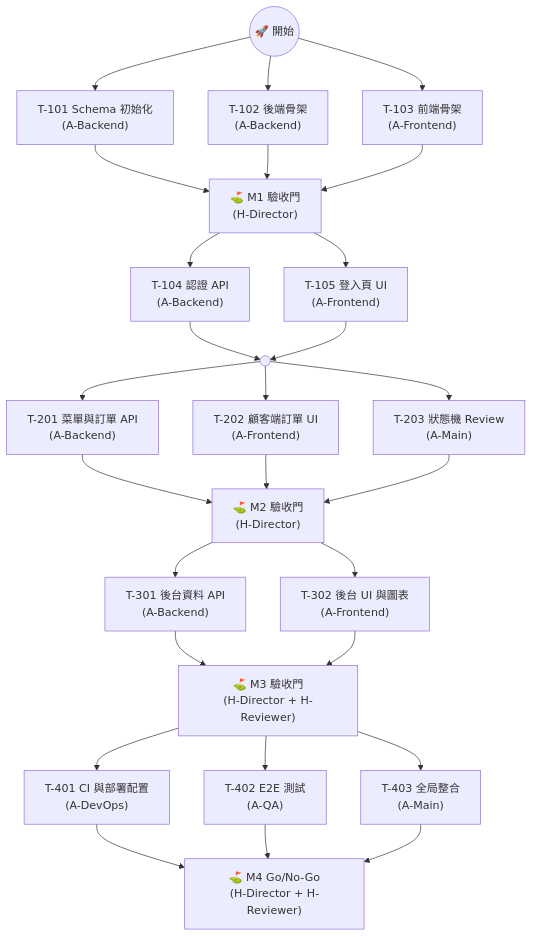
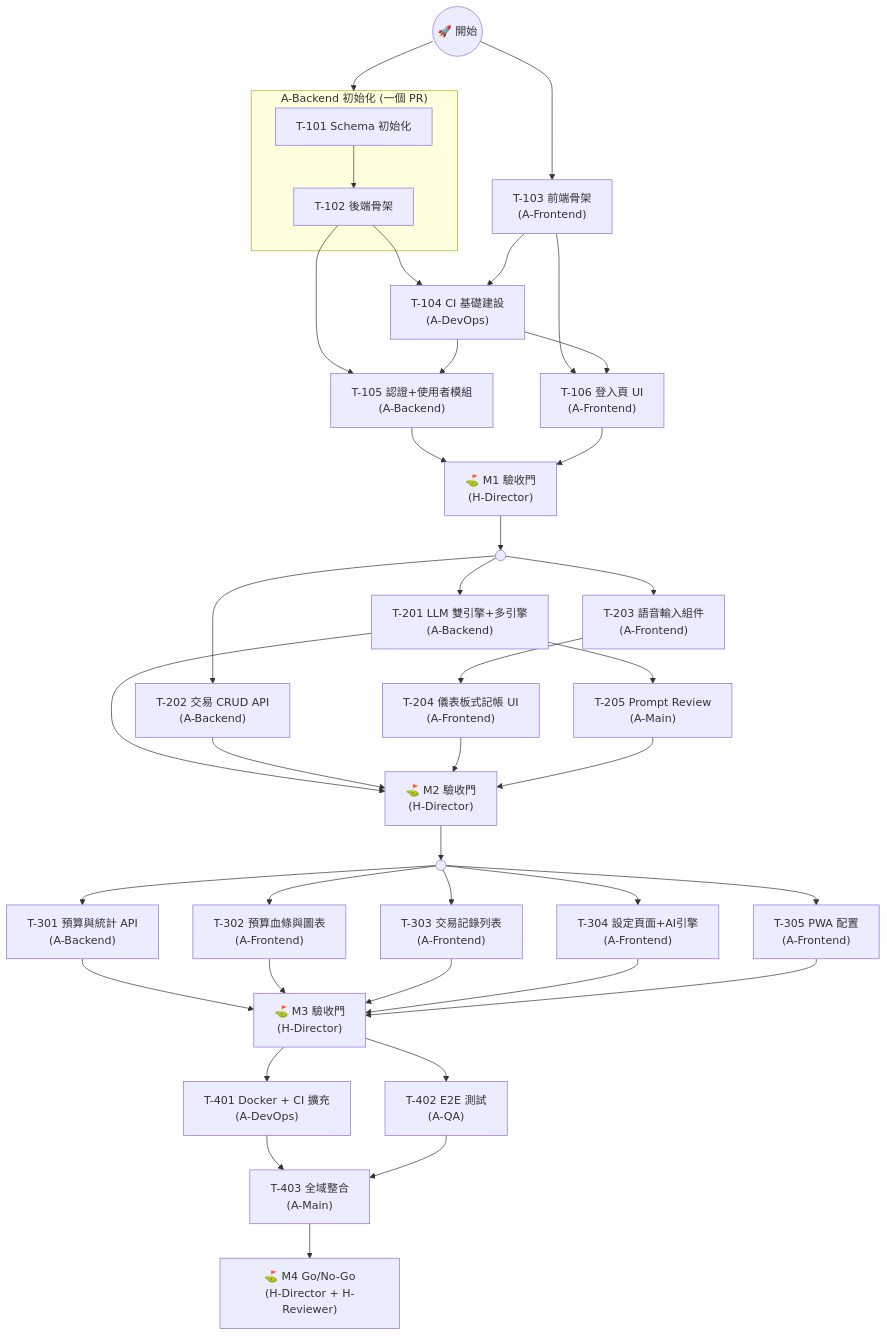
The third of 5 diagrams in .claude/skills/vibe-sdlc-p1-spec/examples/docs/02-Dev_Plan.md (robin-li/Vibe-SDLC), drawn with Mermaid before and after one commit. The commit also changed other lines of this file and 31 other files, not shown here.

````diff
--- a/.claude/skills/vibe-sdlc-p1-spec/examples/docs/02-Dev_Plan.md
+++ b/.claude/skills/vibe-sdlc-p1-spec/examples/docs/02-Dev_Plan.md
@@ -367,40 +608,47 @@
 ```mermaid
 flowchart TB
-    START(("🚀 開始")) --> T101 & T102 & T103
+    START(("🚀 開始")) --> BE_INIT & T103
 
-    T101["T-101 Schema 初始化<br/>(A-Backend)"]
-    T102["T-102 後端骨架<br/>(A-Backend)"]
+    subgraph BE_INIT["A-Backend 初始化 (一個 PR)"]
+        T101["T-101 Schema 初始化"] --> T102["T-102 後端骨架"]
+    end
     T103["T-103 前端骨架<br/>(A-Frontend)"]
 
-    T101 & T102 & T103 --> M1G["⛳ M1 驗收門<br/>(H-Director)"]
+    T102 & T103 --> T104["T-104 CI 基礎建設<br/>(A-DevOps)"]
 
-    M1G --> T104 & T105
+    T102 & T104 --> T105["T-105 認證+使用者模組<br/>(A-Backend)"]
+    T103 & T104 --> T106["T-106 登入頁 UI<br/>(A-Frontend)"]
 
-    T104["T-104 認證 API<br/>(A-Backend)"]
-    T105["T-105 登入頁 UI<br/>(A-Frontend)"]
+    T105 & T106 --> M1G["⛳ M1 驗收門<br/>(H-Director)"]
 
-    T104 & T105 --> G3_FORK((" "))
+    M1G --> G2_FORK((" "))
+    G2_FORK --> T201 & T202 & T203
 
-    G3_FORK --> T201 & T202 & T203
+    T201["T-201 LLM 雙引擎+多引擎<br/>(A-Backend)"]
+    T202["T-202 交易 CRUD API<br/>(A-Backend)"]
+    T203["T-203 語音輸入組件<br/>(A-Frontend)"]
 
-    T201["T-201 菜單與訂單 API<br/>(A-Backend)"]
-    T202["T-202 顧客端訂單 UI<br/>(A-Frontend)"]
-    T203["T-203 狀態機 Review<br/>(A-Main)"]
+    T201 --> T205["T-205 Prompt Review<br/>(A-Main)"]
+    T203 --> T204["T-204 儀表板式記帳 UI<br/>(A-Frontend)"]
 
-    T201 & T202 & T203 --> M2G["⛳ M2 驗收門<br/>(H-Director)"]
+    T201 & T202 & T204 & T205 --> M2G["⛳ M2 驗收門<br/>(H-Director)"]
 
-    M2G --> T301 & T302
+    M2G --> G3_FORK((" "))
+    G3_FORK --> T301 & T302 & T303 & T304 & T305
 
-    T301["T-301 後台資料 API<br/>(A-Backend)"]
-    T302["T-302 後台 UI 與圖表<br/>(A-Frontend)"]
+    T301["T-301 預算與統計 API<br/>(A-Backend)"]
+    T302["T-302 預算血條與圖表<br/>(A-Frontend)"]
+    T303["T-303 交易記錄列表<br/>(A-Frontend)"]
+    T304["T-304 設定頁面+AI引擎<br/>(A-Frontend)"]
+    T305["T-305 PWA 配置<br/>(A-Frontend)"]
 
-    T301 & T302 --> M3G["⛳ M3 驗收門<br/>(H-Director + H-Reviewer)"]
+    T301 & T302 & T303 & T304 & T305 --> M3G["⛳ M3 驗收門<br/>(H-Director)"]
 
-    M3G --> T401 & T402 & T403
+    M3G --> T401 & T402
 
-    T401["T-401 CI 與部署配置<br/>(A-DevOps)"]
+    T401["T-401 Docker + CI 擴充<br/>(A-DevOps)"]
     T402["T-402 E2E 測試<br/>(A-QA)"]
-    T403["T-403 全局整合<br/>(A-Main)"]
 
-    T401 & T402 & T403 --> M4G["⛳ M4 Go/No-Go<br/>(H-Director + H-Reviewer)"]
+    T401 & T402 --> T403["T-403 全域整合<br/>(A-Main)"]
+    T403 --> M4G["⛳ M4 Go/No-Go<br/>(H-Director + H-Reviewer)"]
 ```
````
